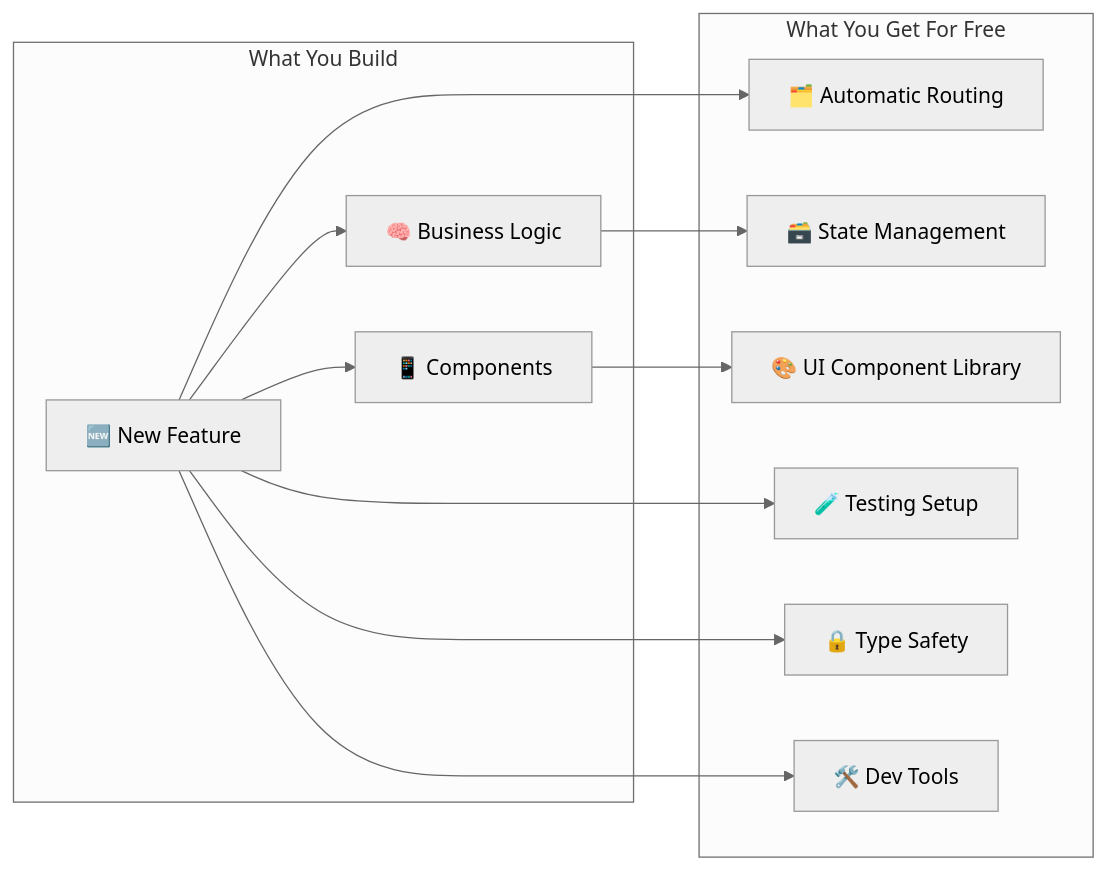
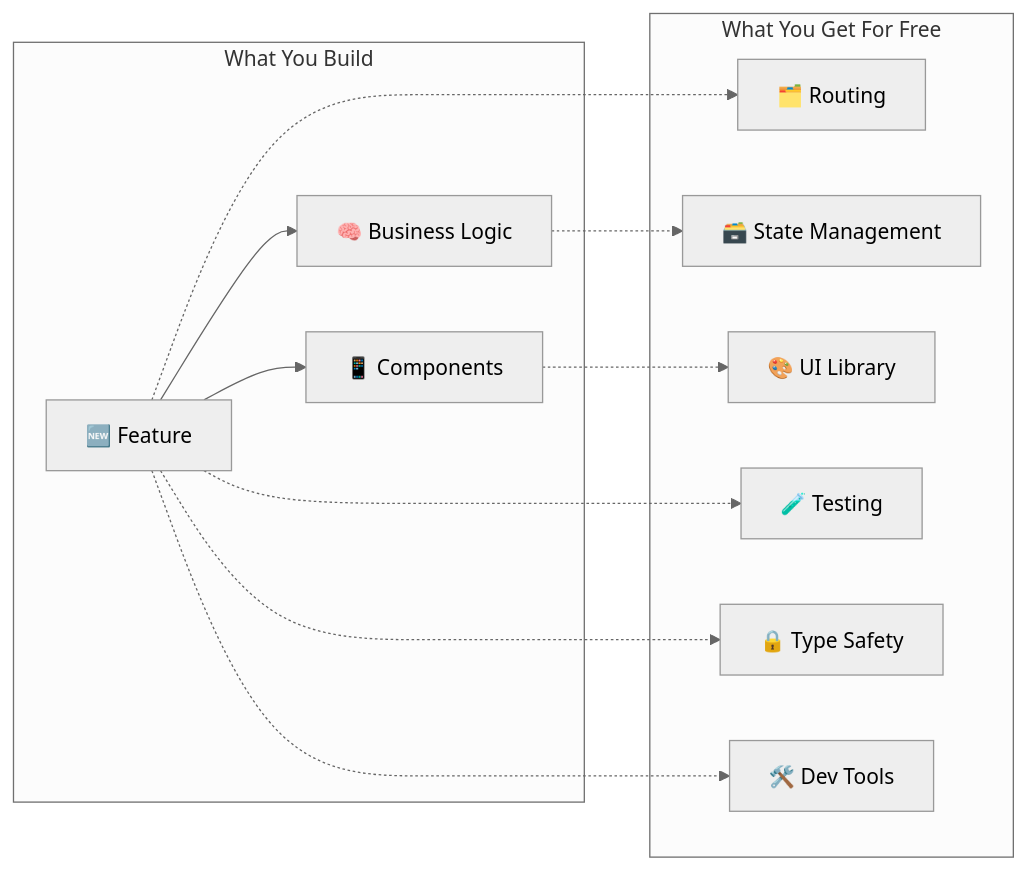
The second of 2 diagrams in README.md (letanure/react-mobx-starter), drawn with Mermaid (neutral theme) before and after one commit. The commit also changed other lines of this file, not shown here.

First line of the commit message:
docs: refine architecture diagrams to keep only the best 2 options

````diff
--- a/README.md
+++ b/README.md
@@ -230,27 +162,27 @@
 ```mermaid
 graph LR
     subgraph "What You Build"
-        NewFeature[🆕 New Feature]
+        Feature[🆕 Feature]
         Components[📱 Components]
-        BusinessLogic[🧠 Business Logic]
+        Logic[🧠 Business Logic]
     end
     
     subgraph "What You Get For Free"
-        Routing[🗂️ Automatic Routing]
-        StateManagement[🗃️ State Management]
-        UILibrary[🎨 UI Component Library]
-        Testing[🧪 Testing Setup]
-        TypeSafety[🔒 Type Safety]
-        DevTools[🛠️ Dev Tools]
+        Routing[🗂️ Routing]
+        State[🗃️ State Management]
+        UI[🎨 UI Library]
+        Tests[🧪 Testing]
+        Types[🔒 Type Safety]
+        Tools[🛠️ Dev Tools]
     end
     
-    NewFeature --> Components
-    NewFeature --> BusinessLogic
+    Feature --> Components
+    Feature --> Logic
     
-    Components --> UILibrary
-    BusinessLogic --> StateManagement
-    NewFeature --> Routing
-    NewFeature --> Testing
-    NewFeature --> TypeSafety
-    NewFeature --> DevTools
+    Components -.-> UI
+    Logic -.-> State
+    Feature -.-> Routing
+    Feature -.-> Tests
+    Feature -.-> Types
+    Feature -.-> Tools
 ```
````
